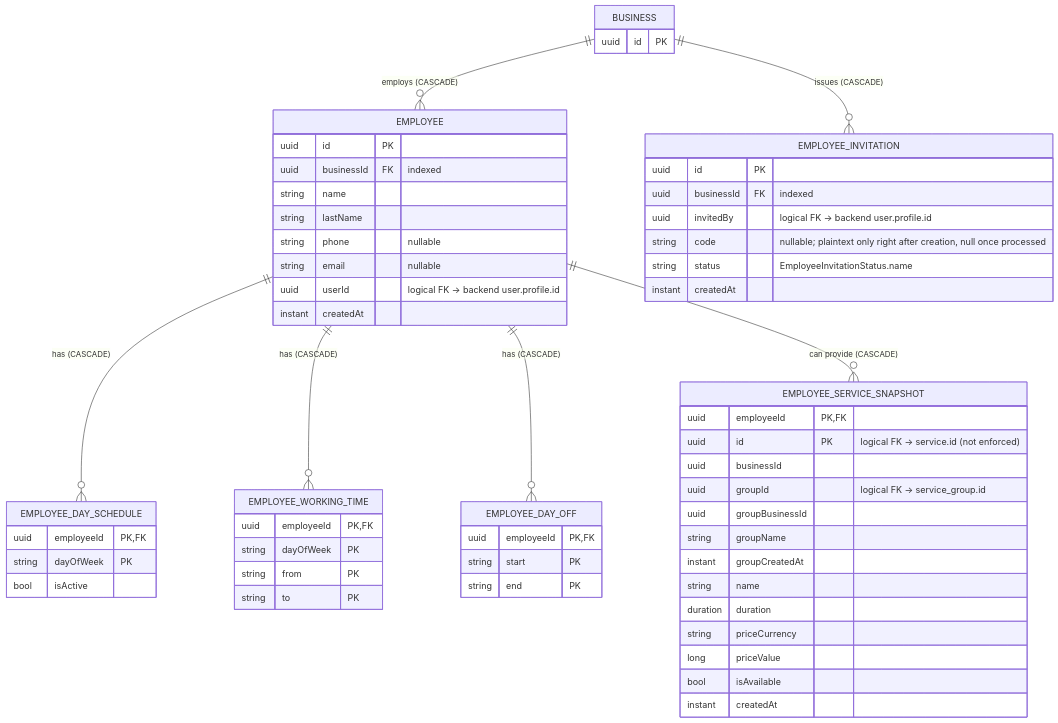
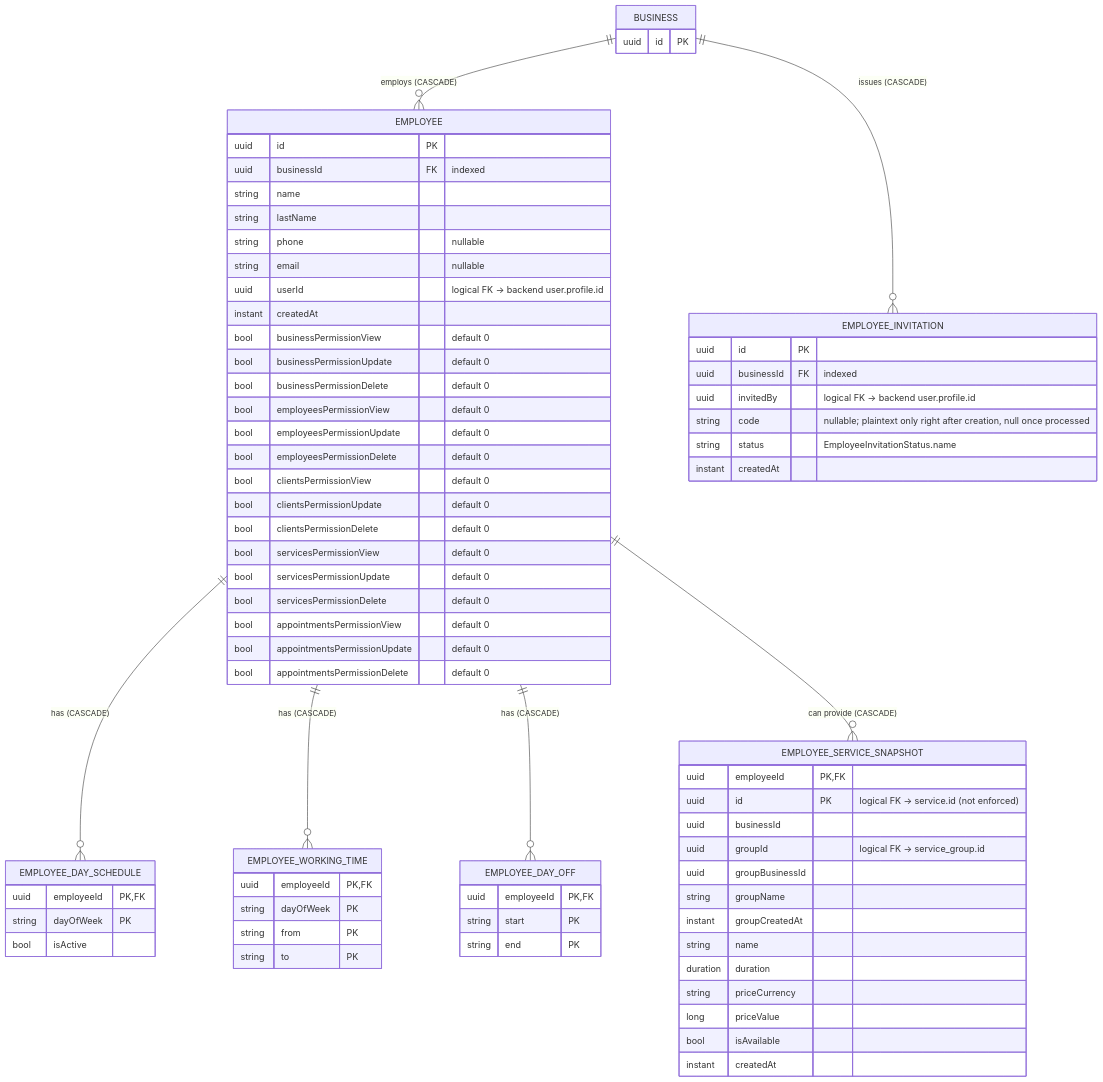
Before and after one commit to nocturneproperties/bookkme-client: the diagram in docs/database/employees.md, drawn with Mermaid. The commit also changed other lines of this file and 95 other files, not shown here.

```diff
--- a/docs/database/employees.md
+++ b/docs/database/employees.md
@@ -27,6 +27,21 @@
         string email "nullable"
         uuid userId "logical FK -> backend user.profile.id"
         instant createdAt
+        bool businessPermissionView "default 0"
+        bool businessPermissionUpdate "default 0"
+        bool businessPermissionDelete "default 0"
+        bool employeesPermissionView "default 0"
+        bool employeesPermissionUpdate "default 0"
+        bool employeesPermissionDelete "default 0"
+        bool clientsPermissionView "default 0"
+        bool clientsPermissionUpdate "default 0"
+        bool clientsPermissionDelete "default 0"
+        bool servicesPermissionView "default 0"
+        bool servicesPermissionUpdate "default 0"
+        bool servicesPermissionDelete "default 0"
+        bool appointmentsPermissionView "default 0"
+        bool appointmentsPermissionUpdate "default 0"
+        bool appointmentsPermissionDelete "default 0"
     }
 
     EMPLOYEE_DAY_SCHEDULE {
```
